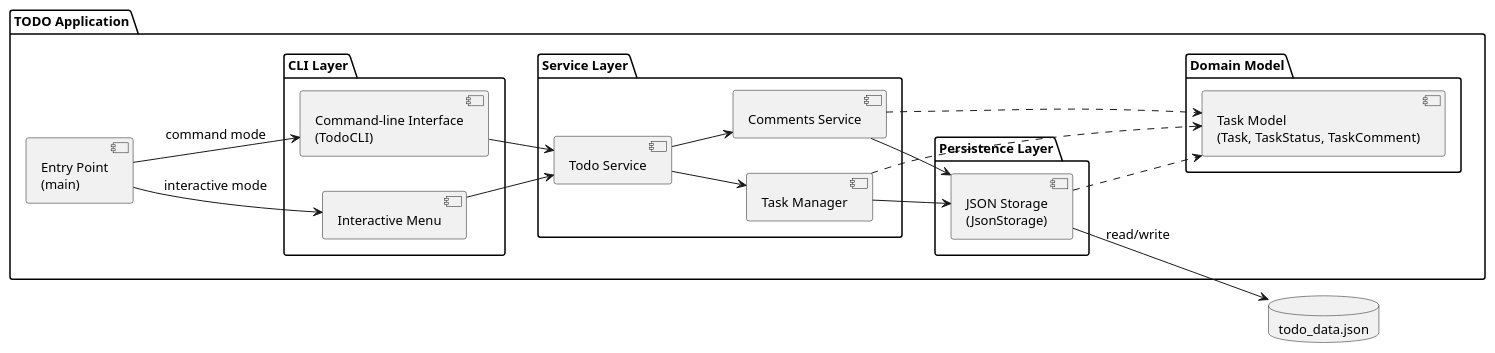
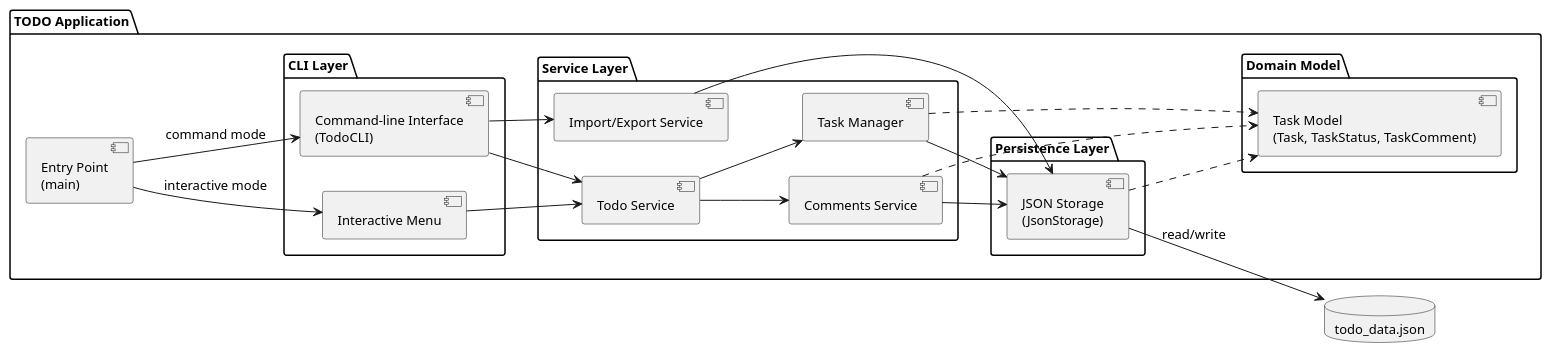
One commit to DanielRiha8906/Software_autoevolution_using_agents changed the diagram in experiments/broadcast/structured_text/TODO/artifacts/component_diagram.puml. Above: the diagram before and after it, drawn with PlantUML. The commit also changed 9 other files, not shown here.

First line of the commit message:
task 07 | broadcast / structured_text / TODO: Add import/export of tasks and comments

```diff
--- a/experiments/broadcast/structured_text/TODO/artifacts/component_diagram.puml
+++ b/experiments/broadcast/structured_text/TODO/artifacts/component_diagram.puml
@@ -1,50 +1,53 @@
 @startuml component_diagram
 
 skinparam componentStyle uml2
 skinparam defaultFontSize 13
 
 left to right direction
 
 package "TODO Application" {
 
     component "Entry Point\n(main)" as Main
 
     package "CLI Layer" {
         component "Interactive Menu" as IM
         component "Command-line Interface\n(TodoCLI)" as CLI
     }
 
     package "Service Layer" {
         component "Todo Service" as SVC
         component "Task Manager" as MGR
         component "Comments Service" as CMTS
+        component "Import/Export Service" as IMPEXP
     }
 
     package "Domain Model" {
         component "Task Model\n(Task, TaskStatus, TaskComment)" as Model
     }
 
     package "Persistence Layer" {
         component "JSON Storage\n(JsonStorage)" as Storage
     }
 }
 
 database "todo_data.json" as DB
 
 Main --> IM : interactive mode
 Main --> CLI : command mode
 
 IM --> SVC
 CLI --> SVC
+CLI --> IMPEXP
 
 SVC --> MGR
 SVC --> CMTS
 MGR --> Storage
 CMTS --> Storage
+IMPEXP --> Storage
 MGR ..> Model
 CMTS ..> Model
 Storage ..> Model
 
 Storage --> DB : read/write
 
 @enduml
```
